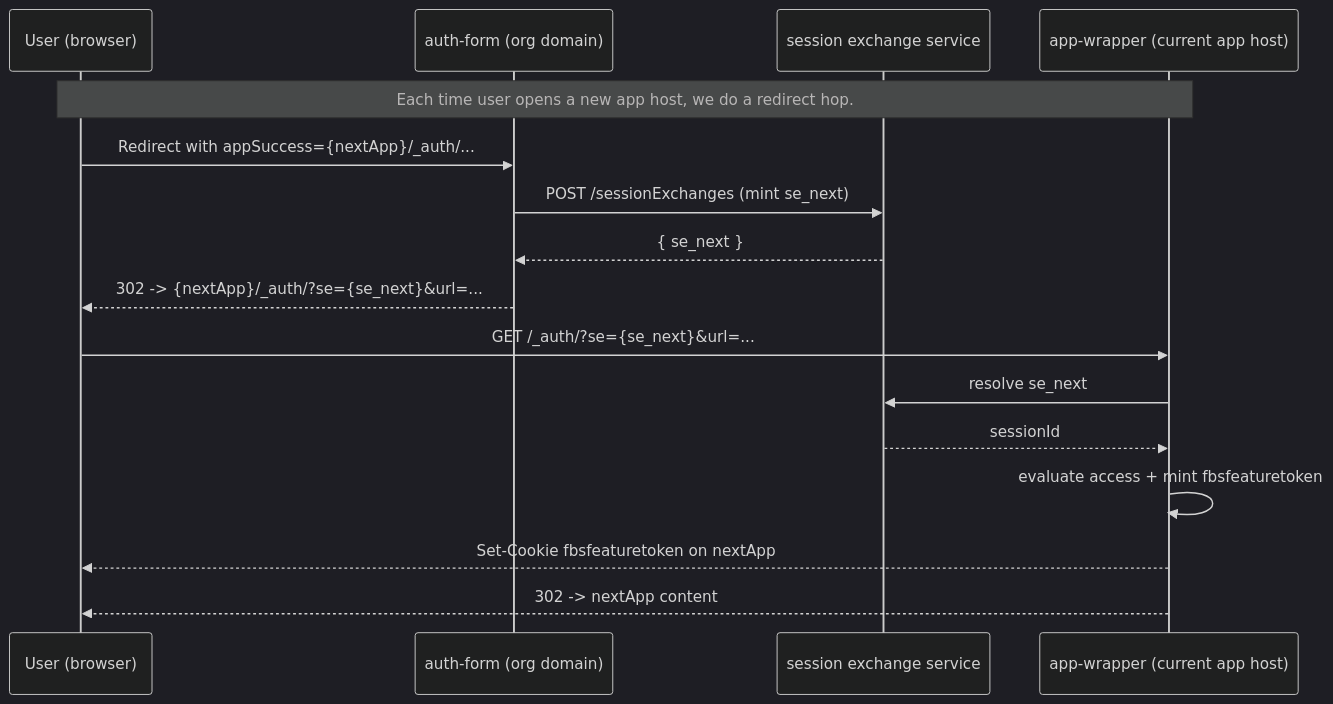
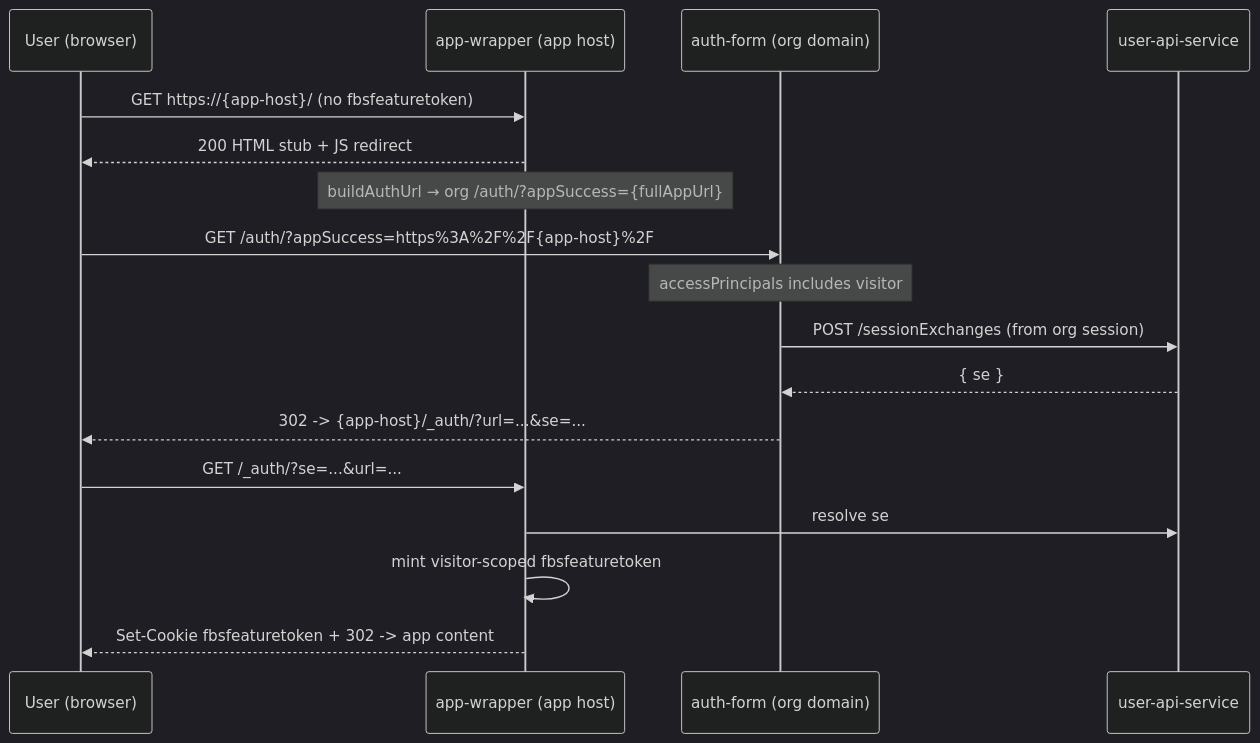
Before and after one commit to fusebase-dev/fusebase-cli: the third of 3 diagrams in docs/proposals/APP-AUTH-FORM-SESSION-EXCHANGES.md, drawn with Mermaid (dark theme). The commit also changed other lines of this file, not shown here.

First line of the commit message:
feat(docs): expand app authorization proposal with detailed flow and URL contracts

````diff
--- a/docs/proposals/APP-AUTH-FORM-SESSION-EXCHANGES.md
+++ b/docs/proposals/APP-AUTH-FORM-SESSION-EXCHANGES.md
@@ -103,19 +164,20 @@
 ```mermaid
 sequenceDiagram
   participant U as User (browser)
+  participant AppWrap as app-wrapper (app host)
   participant Auth as auth-form (org domain)
-  participant X as session exchange service
-  participant AppWrap as app-wrapper (current app host)
+  participant X as user-api-service
 
-  Note over U,AppWrap: Each time user opens a new app host, we do a redirect hop.
-  U->>Auth: Redirect with appSuccess={nextApp}/_auth/...
-  Auth->>X: POST /sessionExchanges (mint se_next)
-  X-->>Auth: { se_next }
-  Auth-->>U: 302 -> {nextApp}/_auth/?se={se_next}&url=...
-  U->>AppWrap: GET /_auth/?se={se_next}&url=...
-  AppWrap->>X: resolve se_next
-  X-->>AppWrap: sessionId
-  AppWrap->>AppWrap: evaluate access + mint fbsfeaturetoken
-  AppWrap-->>U: Set-Cookie fbsfeaturetoken on nextApp
-  AppWrap-->>U: 302 -> nextApp content
+  U->>AppWrap: GET https://{app-host}/ (no fbsfeaturetoken)
+  AppWrap-->>U: 200 HTML stub + JS redirect
+  Note over AppWrap: buildAuthUrl → org /auth/?appSuccess={fullAppUrl}
+  U->>Auth: GET /auth/?appSuccess=https%3A%2F%2F{app-host}%2F
+  Note over Auth: accessPrincipals includes visitor
+  Auth->>X: POST /sessionExchanges (from org session)
+  X-->>Auth: { se }
+  Auth-->>U: 302 -> {app-host}/_auth/?url=...&se=...
+  U->>AppWrap: GET /_auth/?se=...&url=...
+  AppWrap->>X: resolve se
+  AppWrap->>AppWrap: mint visitor-scoped fbsfeaturetoken
+  AppWrap-->>U: Set-Cookie fbsfeaturetoken + 302 -> app content
 ```
````
